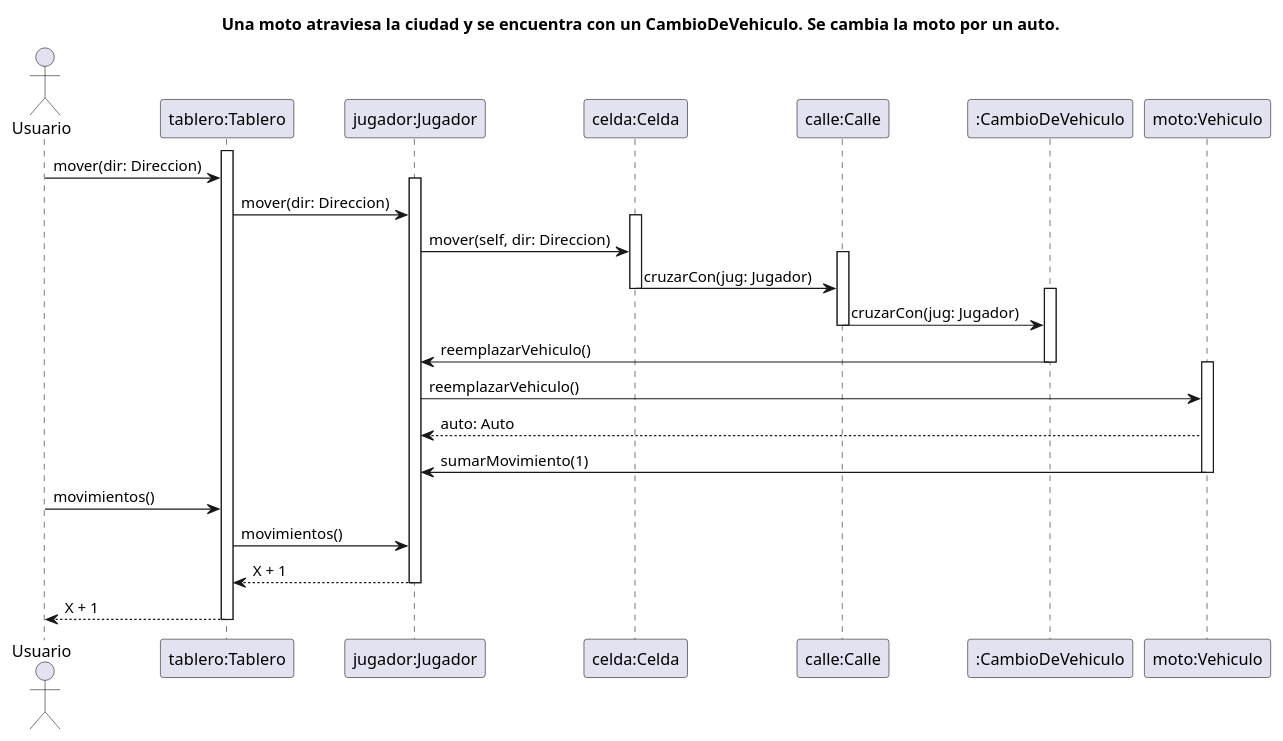
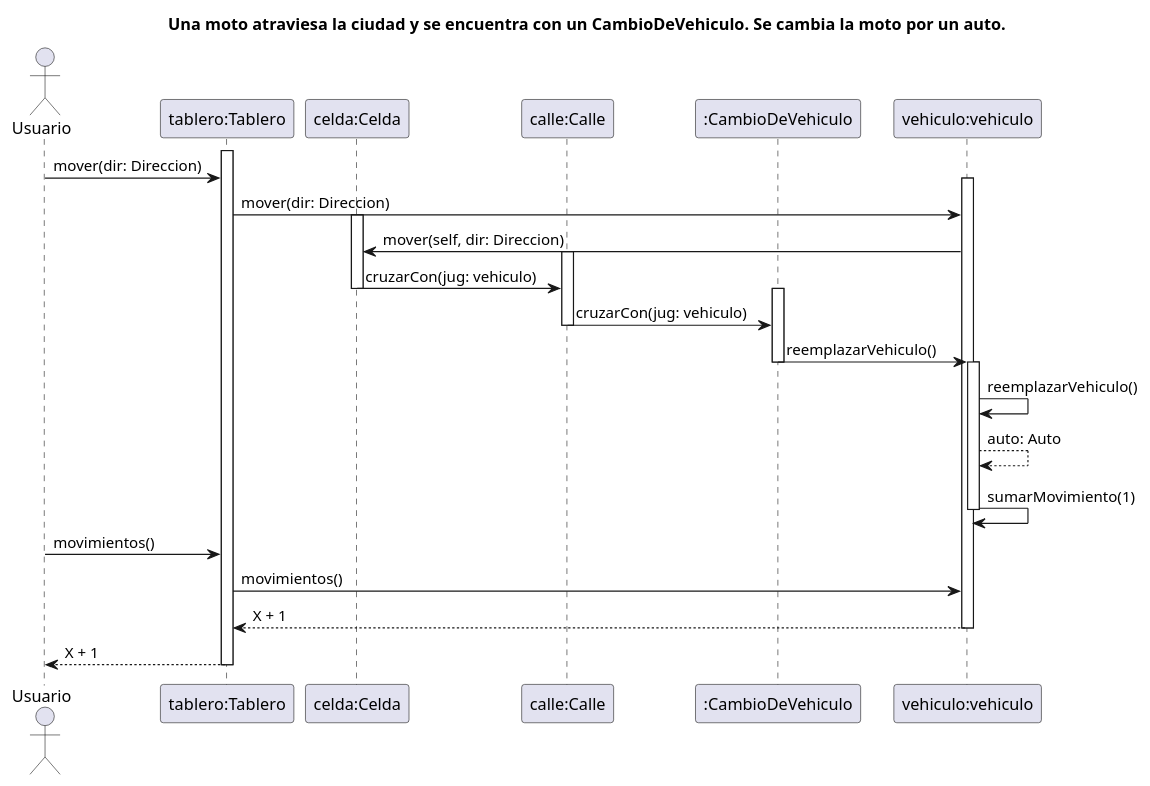
One commit to tomasayala/algo3_tp2_1C2022 changed the diagram in diagrams/sequences/SecuenciaMotoCambiaVehiculo/SecuenciaMotoCambiaVehiculo.puml. Above: the diagram before and after it, drawn with PlantUML. The commit also changed 44 other files, not shown here.

```diff
--- a/diagrams/sequences/SecuenciaMotoCambiaVehiculo/SecuenciaMotoCambiaVehiculo.puml
+++ b/diagrams/sequences/SecuenciaMotoCambiaVehiculo/SecuenciaMotoCambiaVehiculo.puml
@@ -1,64 +1,64 @@
 @startuml SecuenciaMotoCambiaVehiculo
 ' Caso de uso 
 ' Una moto atraviesa la ciudad y se encuentra con un CambioDeVehiculo. Se cambia la moto por un auto.
 
 title Una moto atraviesa la ciudad y se encuentra con un CambioDeVehiculo. Se cambia la moto por un auto.
 
 Actor Usuario as user
 participant "tablero:Tablero" as tablero
-participant "jugador:Jugador" as jugador
+participant "vehiculo:vehiculo" as vehiculo
 participant "celda:Celda" as celda
 participant "calle:Calle" as calle
 participant ":CambioDeVehiculo" as cambioDeVehiculo
 participant "moto:Vehiculo" as vehiculo
 
 
 activate tablero
 
 user -> tablero: mover(dir: Direccion)
 
-activate jugador
+activate vehiculo
 
-tablero -> jugador: mover(dir: Direccion)
+tablero -> vehiculo: mover(dir: Direccion)
 
 activate celda
 
-jugador -> celda: mover(self, dir: Direccion)
+vehiculo -> celda: mover(self, dir: Direccion)
 
 activate calle
 
-celda -> calle: cruzarCon(jug: Jugador)
+celda -> calle: cruzarCon(jug: vehiculo)
 
 deactivate celda
 
 activate cambioDeVehiculo
 
-calle -> cambioDeVehiculo: cruzarCon(jug: Jugador)
+calle -> cambioDeVehiculo: cruzarCon(jug: vehiculo)
 
 deactivate calle
 
-cambioDeVehiculo -> jugador: reemplazarVehiculo()
+cambioDeVehiculo -> vehiculo: reemplazarVehiculo()
 
 deactivate cambioDeVehiculo
 activate vehiculo
 
-jugador -> vehiculo : reemplazarVehiculo()
+vehiculo -> vehiculo : reemplazarVehiculo()
 
-vehiculo --> jugador : auto: Auto 
+vehiculo --> vehiculo : auto: Auto 
 
-vehiculo -> jugador: sumarMovimiento(1)
+vehiculo -> vehiculo: sumarMovimiento(1)
 
 deactivate vehiculo
 
 deactivate celda
 
 user -> tablero: movimientos()
-tablero -> jugador: movimientos()
-jugador --> tablero: X + 1
-deactivate jugador
+tablero -> vehiculo: movimientos()
+vehiculo --> tablero: X + 1
+deactivate vehiculo
 
 tablero --> user: X + 1
 
 deactivate tablero
 
 @enduml
```
